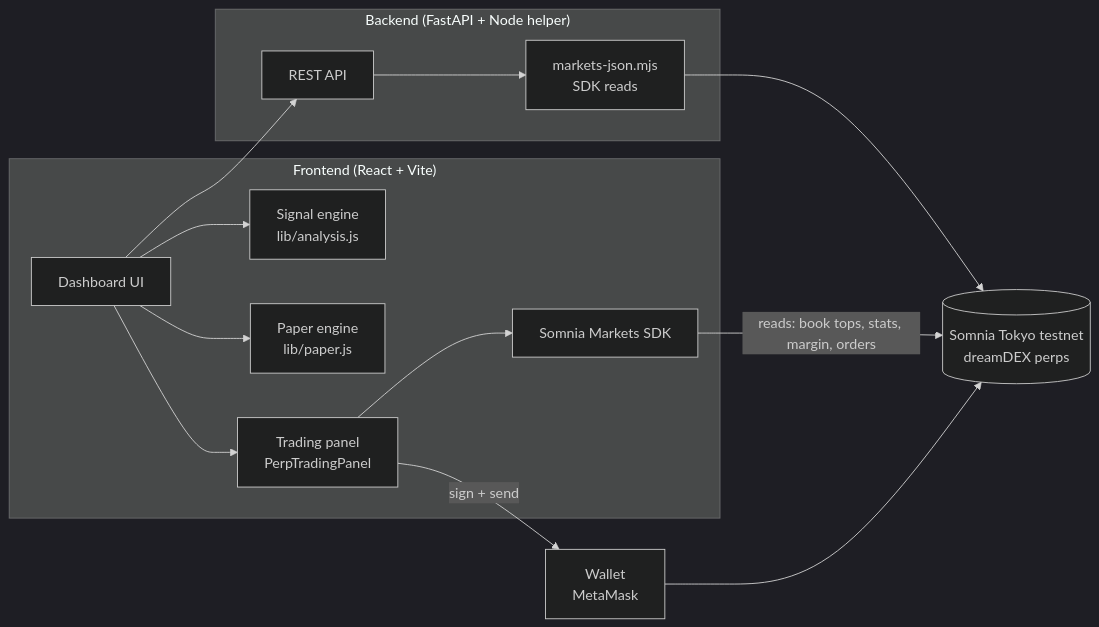
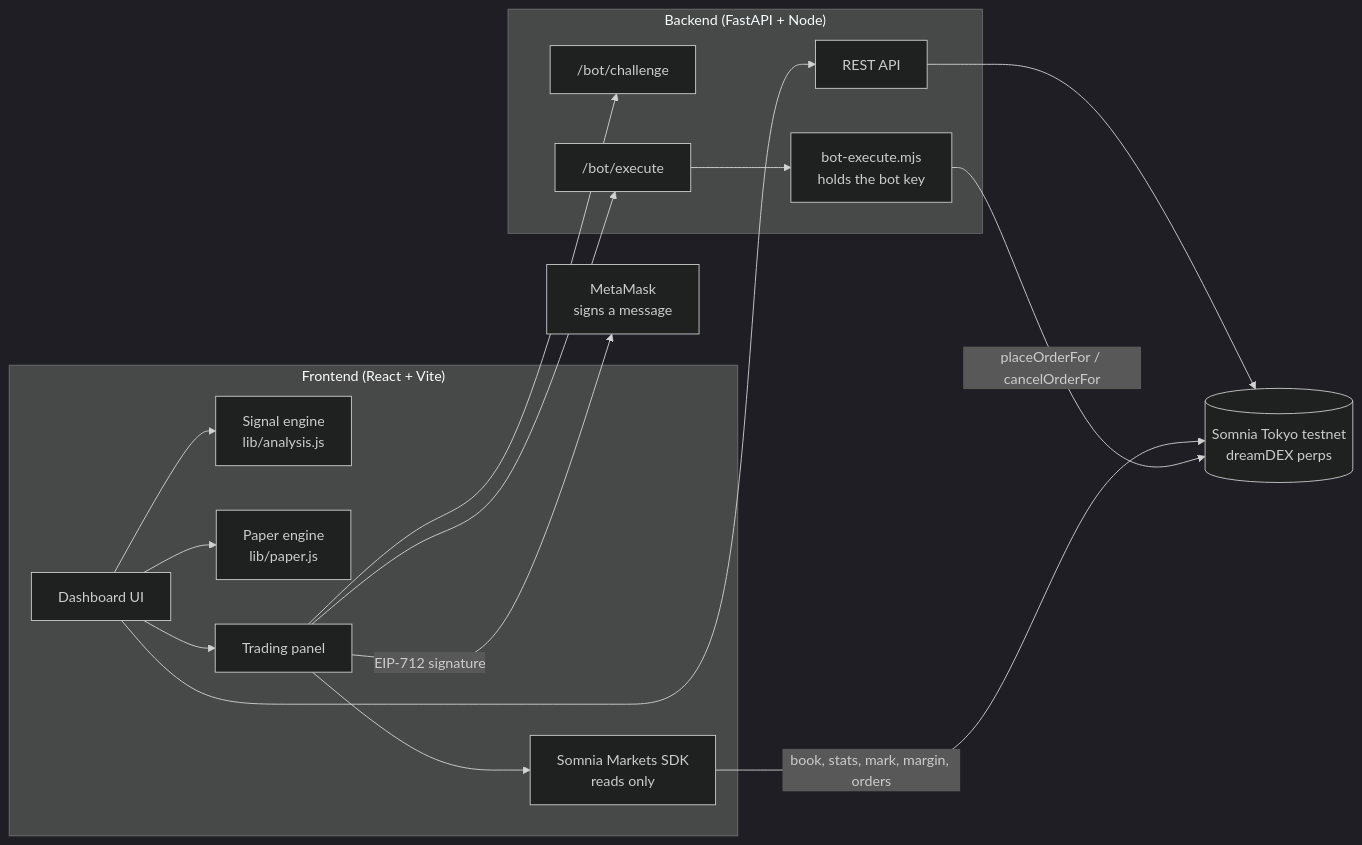
One commit to Hajrajadoon/PerpPilot-AI changed the diagram in README.md. Above: the diagram before and after it, drawn with Mermaid (dark theme). The commit also changed other lines of this file and 30 other files, not shown here.

Commit message:
PerpPilot AI: linked-bot real orders, live market state, docs

````diff
--- a/README.md
+++ b/README.md
@@ -42,23 +43,27 @@
 ```mermaid
 flowchart LR
     subgraph Browser["Frontend (React + Vite)"]
         UI[Dashboard UI]
         SIG[Signal engine<br/>lib/analysis.js]
         PAPER[Paper engine<br/>lib/paper.js]
-        TRADE[Trading panel<br/>PerpTradingPanel]
-        SDK[Somnia Markets SDK]
+        TRADE[Trading panel]
+        SDK[Somnia Markets SDK<br/>reads only]
     end
-    subgraph Backend["Backend (FastAPI + Node helper)"]
+    subgraph Backend["Backend (FastAPI + Node)"]
         API[REST API]
-        NODE[markets-json.mjs<br/>SDK reads]
+        CH1["/bot/challenge"]
+        CH2["/bot/execute"]
+        BOT[bot-execute.mjs<br/>holds the bot key]
     end
-    W[Wallet<br/>MetaMask]
-    CH[(Somnia Tokyo testnet<br/>dreamDEX perps)]
+    W[MetaMask<br/>signs a message]
+    CHAIN[(Somnia Tokyo testnet<br/>dreamDEX perps)]
 
-    UI --> API --> NODE --> CH
     UI --> SIG
     UI --> PAPER
-    UI --> TRADE --> SDK
-    SDK -->|reads: book tops, stats, margin, orders| CH
-    TRADE -->|sign + send| W --> CH
+    UI --> TRADE
+    UI --> API --> CHAIN
+    TRADE --> SDK -->|book, stats, mark, margin, orders| CHAIN
+    TRADE --> CH1
+    TRADE -->|EIP-712 signature| W
+    TRADE --> CH2 --> BOT -->|placeOrderFor / cancelOrderFor| CHAIN
 ```
````
